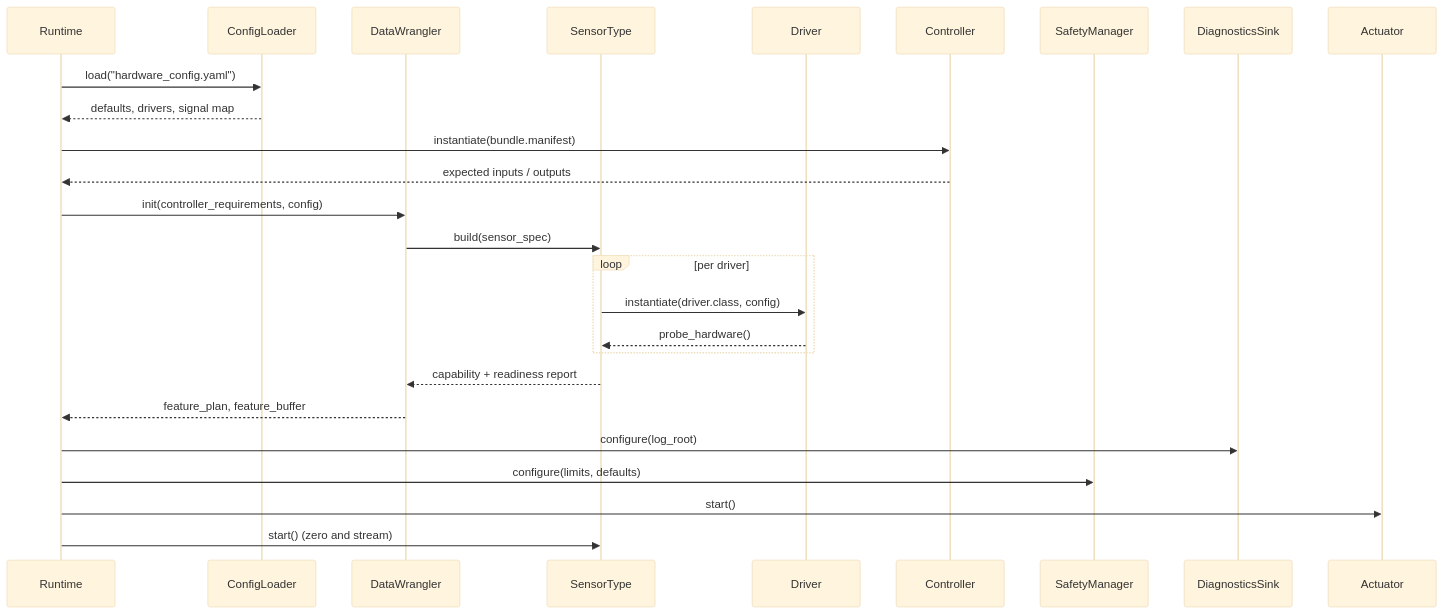
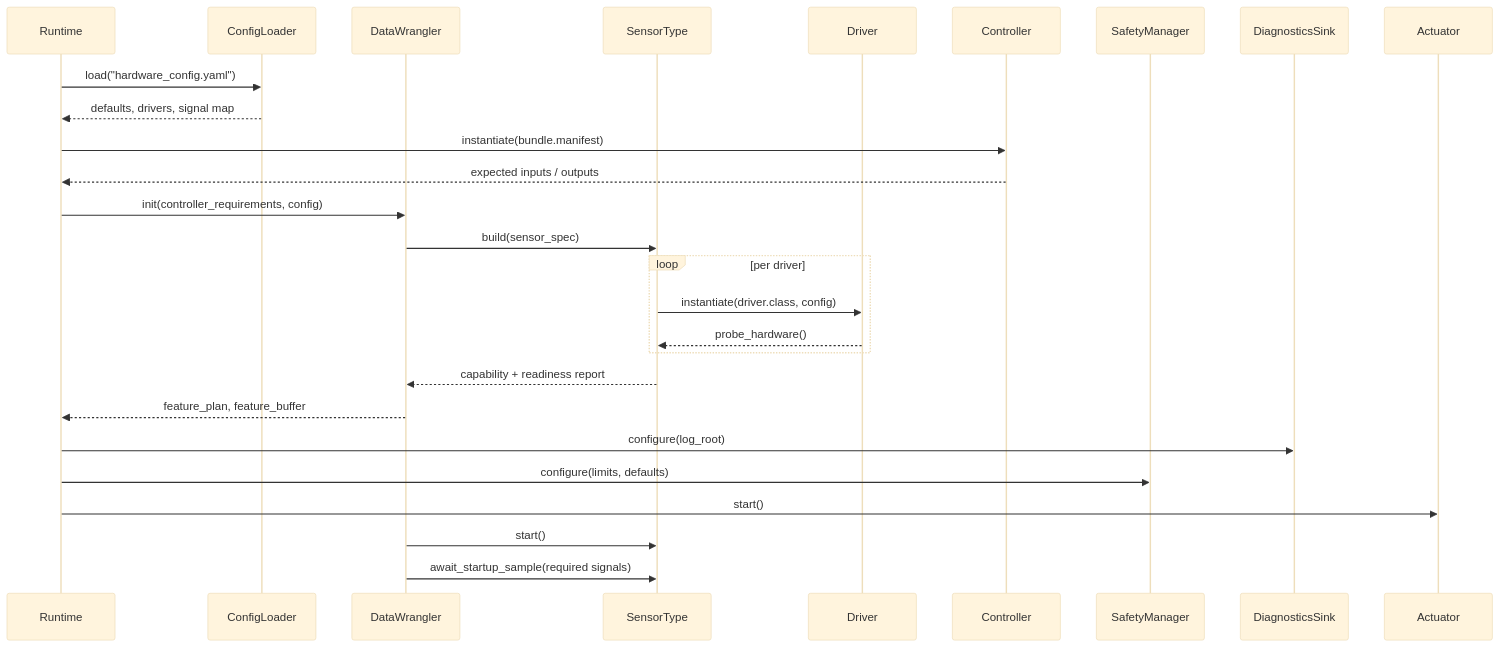
One commit to jmontp/raspberry-pi-controller-runtime changed the fourth of 7 diagrams in docs/architecture.md. Above: the diagram before and after it, drawn with Mermaid (base theme). The commit also changed other lines of this file, not shown here.

Commit message:
Document sensor fallback defaults and startup watchdogs

````diff
--- a/docs/architecture.md
+++ b/docs/architecture.md
@@ -266,29 +268,30 @@
 ```mermaid
 sequenceDiagram
     participant Runtime
     participant Config as ConfigLoader
     participant Wrangler as DataWrangler
     participant SensorType
     participant Driver
     participant Controller
     participant Safety as SafetyManager
     participant Diagnostics as DiagnosticsSink
     participant Actuator
 
     Runtime->>Config: load("hardware_config.yaml")
     Config-->>Runtime: defaults, drivers, signal map
     Runtime->>Controller: instantiate(bundle.manifest)
     Controller-->>Runtime: expected inputs / outputs
     Runtime->>Wrangler: init(controller_requirements, config)
     Wrangler->>SensorType: build(sensor_spec)
     loop per driver
         SensorType->>Driver: instantiate(driver.class, config)
         Driver-->>SensorType: probe_hardware()
     end
     SensorType-->>Wrangler: capability + readiness report
     Wrangler-->>Runtime: feature_plan, feature_buffer
     Runtime->>Diagnostics: configure(log_root)
     Runtime->>Safety: configure(limits, defaults)
     Runtime->>Actuator: start()
-    Runtime->>SensorType: start() (zero and stream)
+    Wrangler->>SensorType: start()
+    Wrangler->>SensorType: await_startup_sample(required signals)
 ```
````
